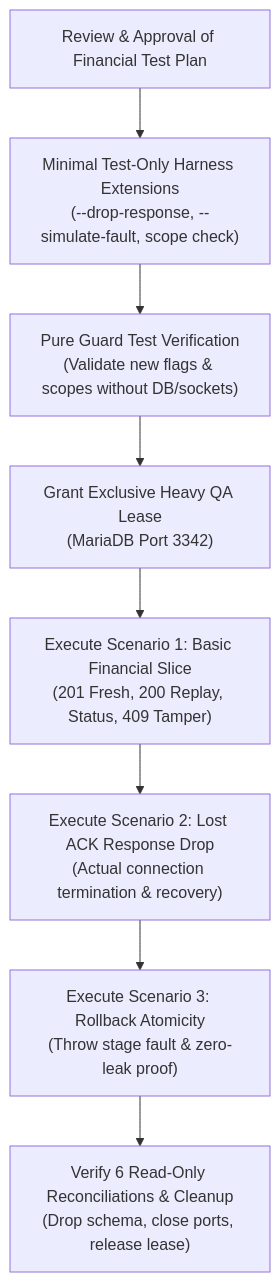
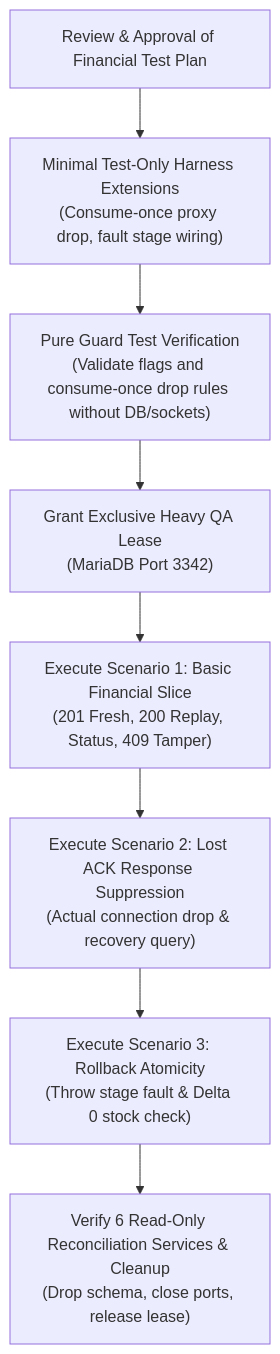
Before and after one commit to Bassamalsaqqa/account: the diagram in docs/evidence/pr102-disposable-financial-test-plan.md, drawn with Mermaid. The commit also changed other lines of this file, not shown here.

Commit message:
docs(plan): revise financial test plan with existing paired scope, proxy drop control, delta 0 stock, and 6 read-only services

````diff
--- a/docs/evidence/pr102-disposable-financial-test-plan.md
+++ b/docs/evidence/pr102-disposable-financial-test-plan.md
@@ -183,10 +190,10 @@
 ```mermaid
 flowchart TD
-    A["Review & Approval of Financial Test Plan"] --> B["Minimal Test-Only Harness Extensions<br>(--drop-response, --simulate-fault, scope check)"]
-    B --> C["Pure Guard Test Verification<br>(Validate new flags & scopes without DB/sockets)"]
+    A["Review & Approval of Financial Test Plan"] --> B["Minimal Test-Only Harness Extensions<br>(Consume-once proxy drop, fault stage wiring)"]
+    B --> C["Pure Guard Test Verification<br>(Validate flags and consume-once drop rules without DB/sockets)"]
     C --> D["Grant Exclusive Heavy QA Lease<br>(MariaDB Port 3342)"]
     D --> E["Execute Scenario 1: Basic Financial Slice<br>(201 Fresh, 200 Replay, Status, 409 Tamper)"]
-    E --> F["Execute Scenario 2: Lost ACK Response Drop<br>(Actual connection termination & recovery)"]
-    F --> G["Execute Scenario 3: Rollback Atomicity<br>(Throw stage fault & zero-leak proof)"]
-    G --> H["Verify 6 Read-Only Reconciliations & Cleanup<br>(Drop schema, close ports, release lease)"]
+    E --> F["Execute Scenario 2: Lost ACK Response Suppression<br>(Actual connection drop & recovery query)"]
+    F --> G["Execute Scenario 3: Rollback Atomicity<br>(Throw stage fault & Delta 0 stock check)"]
+    G --> H["Verify 6 Read-Only Reconciliation Services & Cleanup<br>(Drop schema, close ports, release lease)"]
 ```
````
